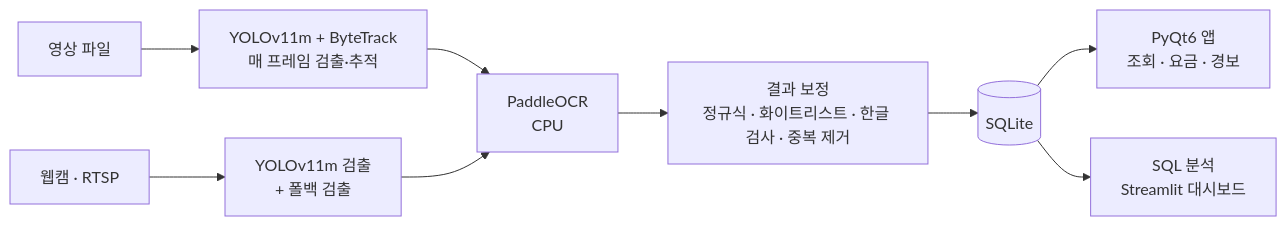
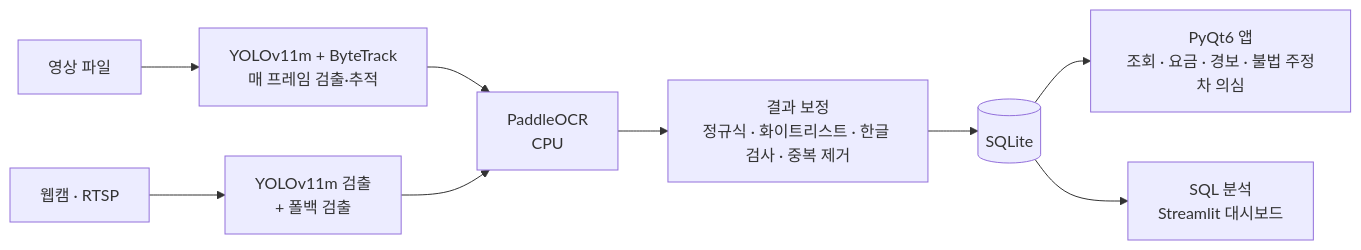
The diagram in README.md (Gugaeun/LPR_System), drawn with Mermaid before and after one commit. The commit also changed other lines of this file and 1 other file, not shown here.

Commit message:
README에 불법 주정차 의심 기록·앱 화면 변경 반영

````diff
--- a/README.md
+++ b/README.md
@@ -35,11 +36,11 @@
 ```mermaid
 flowchart LR
     V[영상 파일] --> T[YOLOv11m + ByteTrack<br/>매 프레임 검출·추적]
     C[웹캠 · RTSP] --> Y[YOLOv11m 검출<br/>+ 폴백 검출]
     T --> O[PaddleOCR<br/>CPU]
     Y --> O
     O --> P[결과 보정<br/>정규식 · 화이트리스트 · 한글 검사 · 중복 제거]
     P --> DB[(SQLite)]
-    DB --> APP[PyQt6 앱<br/>조회 · 요금 · 경보]
+    DB --> APP[PyQt6 앱<br/>조회 · 요금 · 경보 · 불법 주정차 의심]
     DB --> AN[SQL 분석<br/>Streamlit 대시보드]
 ```
````
